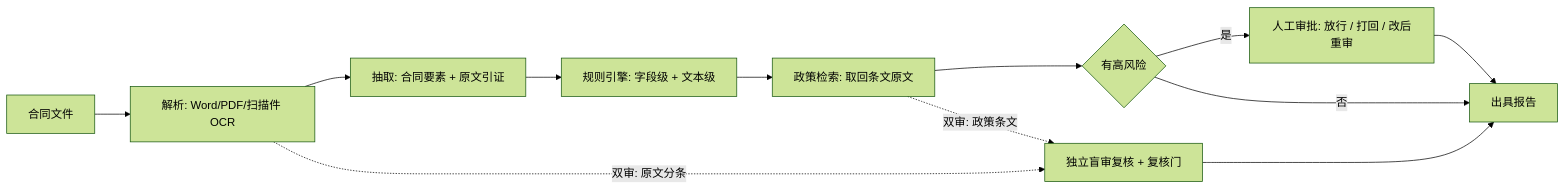
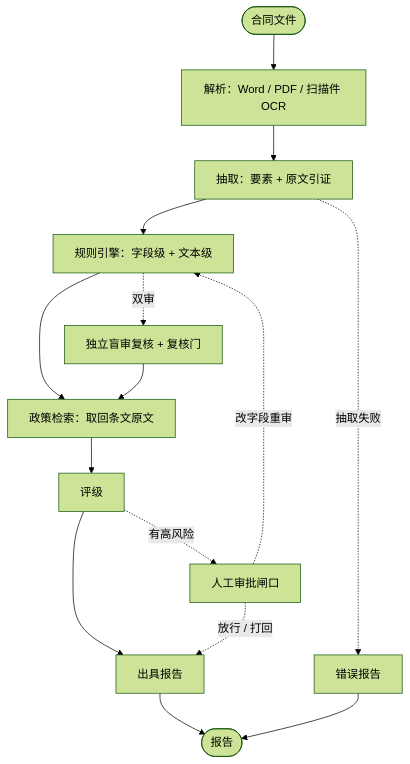
The diagram in README.md (yangYang910aaa/ContractAgent), drawn with Mermaid (forest theme) before and after one commit. The commit also changed other lines of this file, not shown here.

Commit message:
1. README(审核图): 换成 LangGraph 实际节点与条件分支图, 标明由编译后的图导出, 并点出闸口那条回环就是改字段重审

````diff
--- a/README.md
+++ b/README.md
@@ -64,14 +64,17 @@
 ```mermaid
-flowchart LR
-    A[合同文件] --> B[解析: Word/PDF/扫描件 OCR]
-    B --> C[抽取: 合同要素 + 原文引证]
-    C --> D[规则引擎: 字段级 + 文本级]
-    D --> E[政策检索: 取回条文原文]
-    E --> F{有高风险}
-    F -->|是| G[人工审批: 放行 / 打回 / 改后重审]
-    F -->|否| H[出具报告]
-    G --> H
-    B -.双审: 原文分条.-> I[独立盲审复核 + 复核门]
-    E -.双审: 政策条文.-> I
-    I --> H
+flowchart TD
+    start([合同文件]) --> parse[解析：Word / PDF / 扫描件 OCR]
+    parse --> extract[抽取：要素 + 原文引证]
+    extract -. 抽取失败 .-> error[错误报告]
+    extract --> rules[规则引擎：字段级 + 文本级]
+    rules -. 双审 .-> review[独立盲审复核 + 复核门]
+    rules --> policy[政策检索：取回条文原文]
+    review --> policy
+    policy --> grade[评级]
+    grade -. 有高风险 .-> gate[人工审批闸口]
+    grade --> report[出具报告]
+    gate -. 放行 / 打回 .-> report
+    gate -. 改字段重审 .-> rules
+    report --> finish([报告])
+    error --> finish
 ```
````
